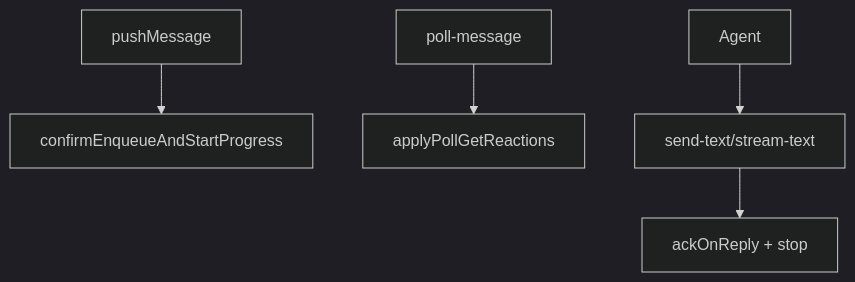
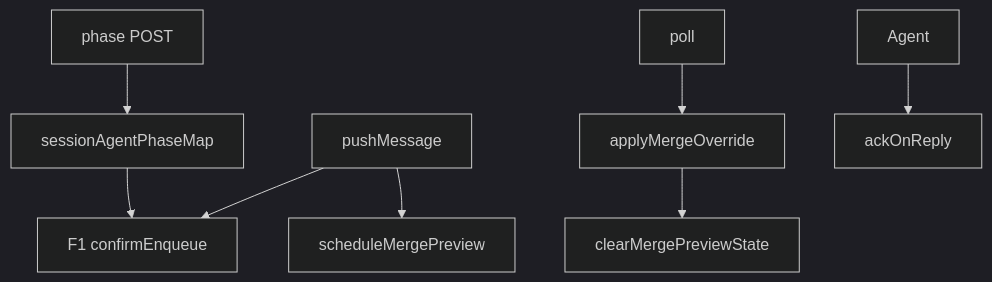
One commit to lk-eternal/cursor-claw changed the diagram in knowledge/业务域/消息桥接/04-消息队列与路由.md. Above: the diagram before and after it, drawn with Mermaid (dark theme). The commit also changed other lines of this file and 21 other files, not shown here.

````diff
--- a/knowledge/业务域/消息桥接/04-消息队列与路由.md
+++ b/knowledge/业务域/消息桥接/04-消息队列与路由.md
@@ -27,7 +30,10 @@
 ```mermaid
 flowchart TD
-  PM[pushMessage] --> CE[confirmEnqueueAndStartProgress]
-  POLL[poll-message] --> GET[applyPollGetReactions]
-  AG[Agent] --> ST[send-text/stream-text]
-  ST --> ACK[ackOnReply + stop]
+  PM[pushMessage] --> CE[F1 confirmEnqueue]
+  PM --> SCH[scheduleMergePreview]
+  EP[phase POST] --> MAP[sessionAgentPhaseMap]
+  MAP --> CE
+  POLL[poll] --> OVR[applyMergeOverride]
+  OVR --> CLR[clearMergePreviewState]
+  AG[Agent] --> ACK[ackOnReply]
 ```
````
